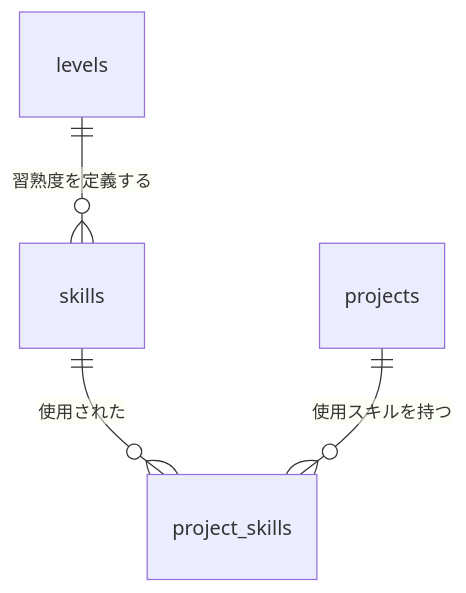
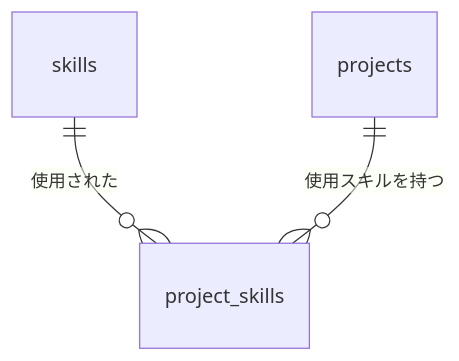
Before and after one commit to Seiya-Nakagawa/Portfolio: the first of 4 diagrams in docs/02.design/DESIGN.md, drawn with Mermaid. The commit also changed other lines of this file and 17 other files, not shown here.

````diff
--- a/docs/02.design/DESIGN.md
+++ b/docs/02.design/DESIGN.md
@@ -96,6 +95,5 @@
 ```mermaid
 erDiagram
     skills ||--o{ project_skills : "使用された"
-    levels ||--o{ skills : "習熟度を定義する"
     projects ||--o{ project_skills : "使用スキルを持つ"
 ```
````
